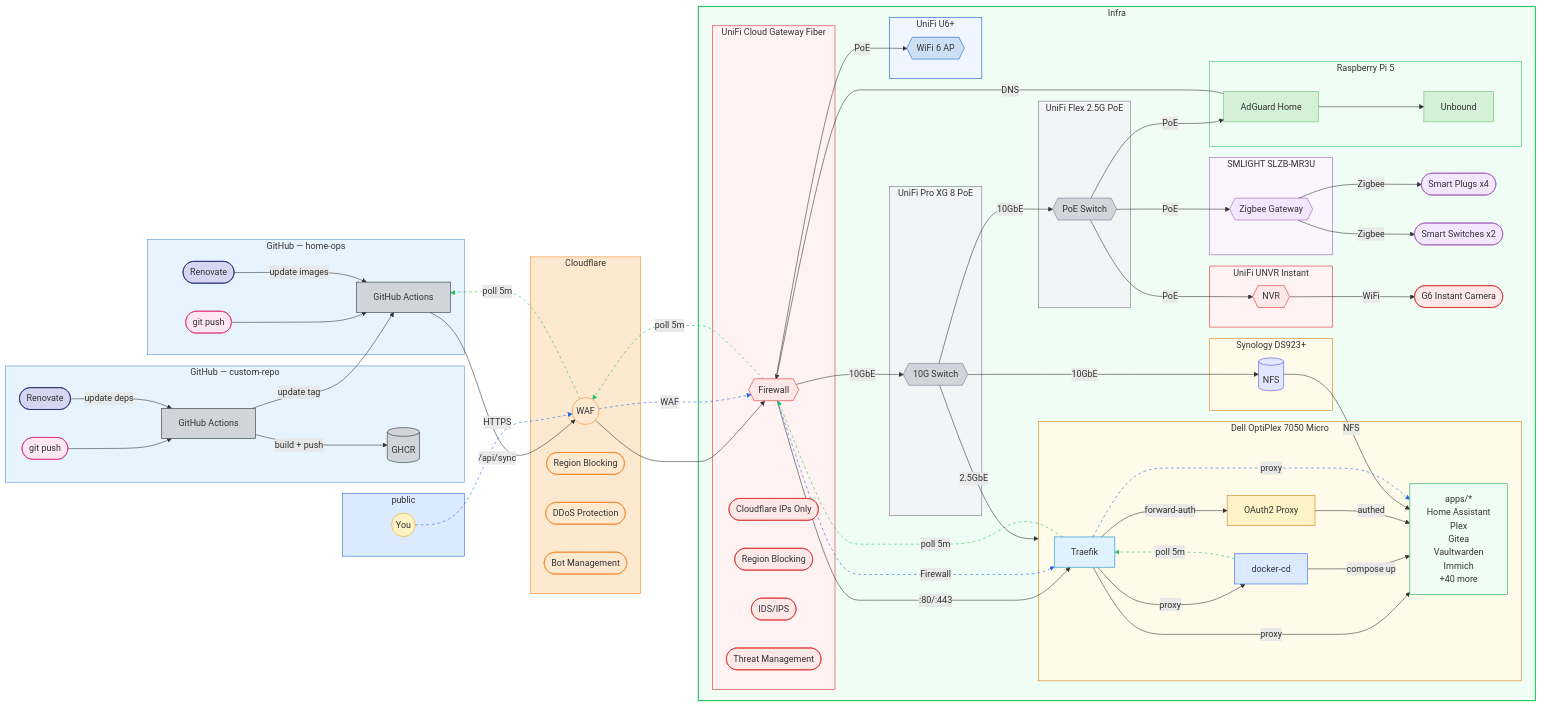
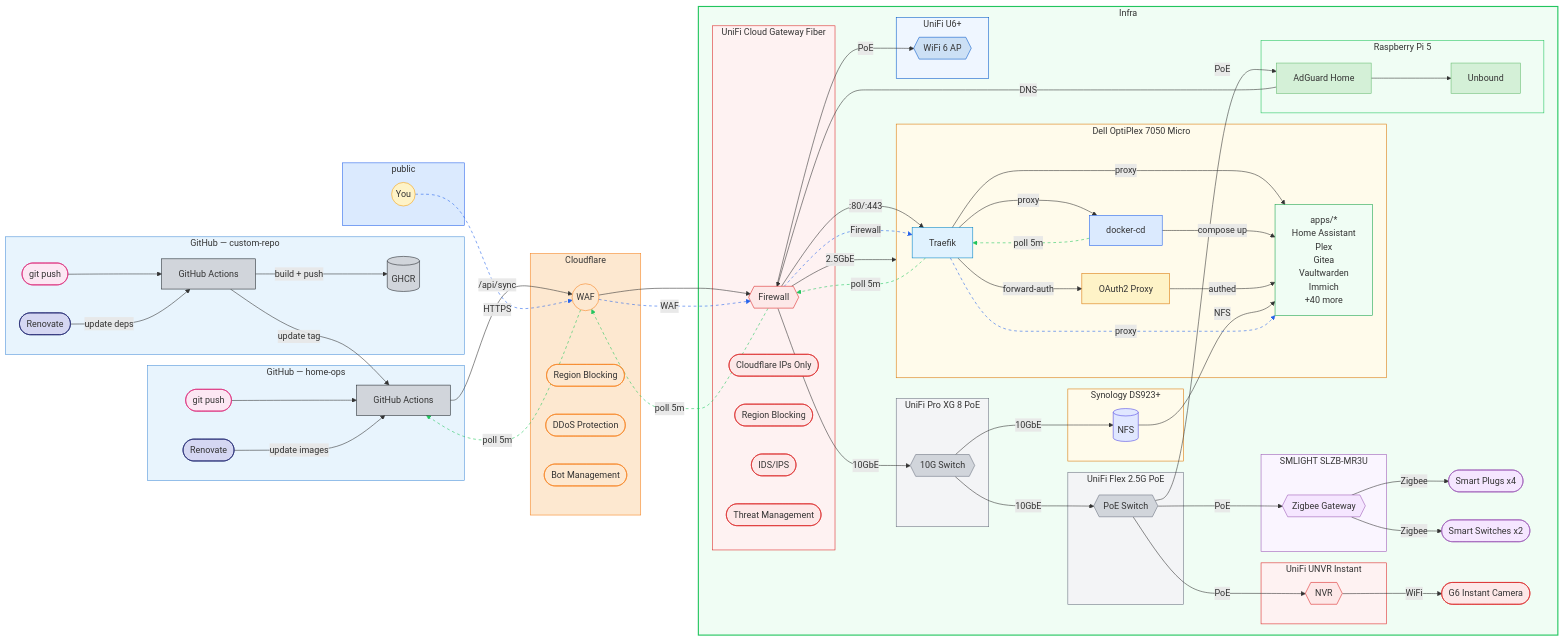
The diagram in README.md (wajeht/home-ops), drawn with Mermaid before and after one commit.

Commit message:
docs: update README with network speed examples

```diff
--- a/README.md
+++ b/README.md
@@ -101,8 +101,8 @@
         adguard -->|DNS| unifi
         unifi -->|10GbE| xg
         xg -->|10GbE| nfs
-        xg -->|2.5GbE| dell
         xg -->|10GbE| poe
+        unifi -->|2.5GbE| dell
         unifi -->|PoE| ap
         poe -->|PoE| zigbee
         poe -->|PoE| adguard
```
